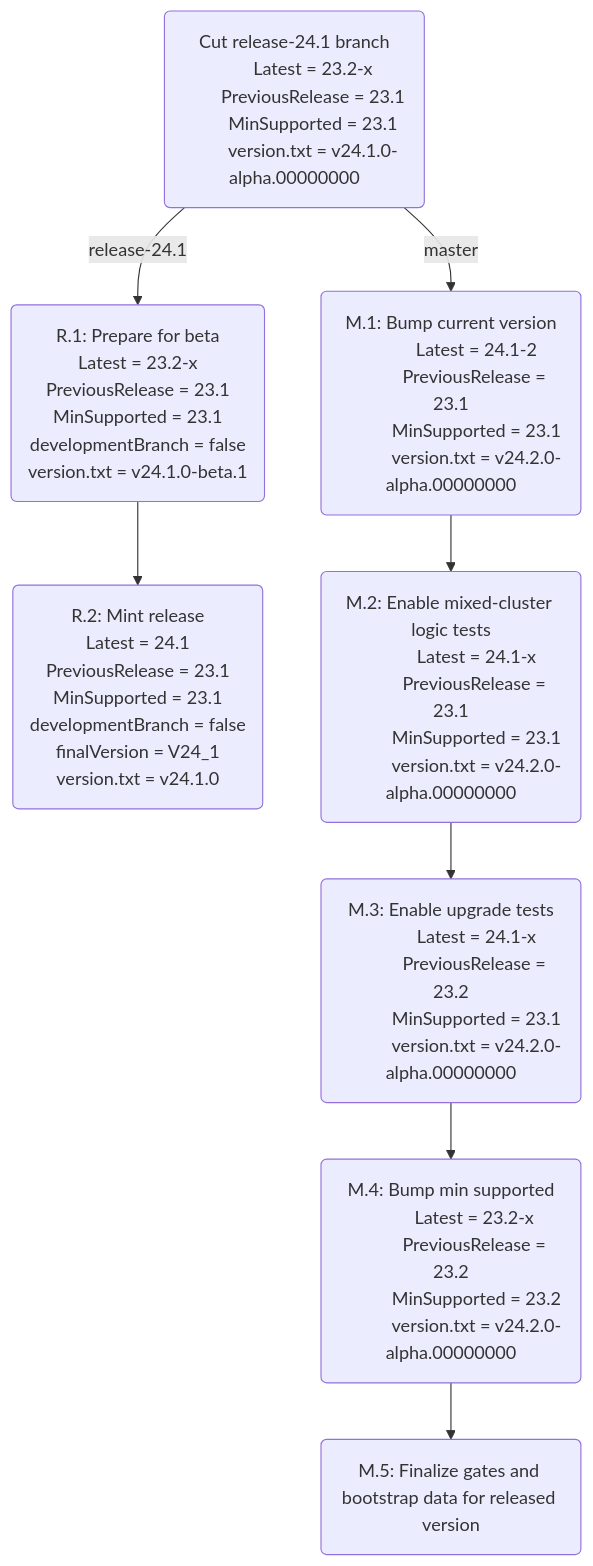
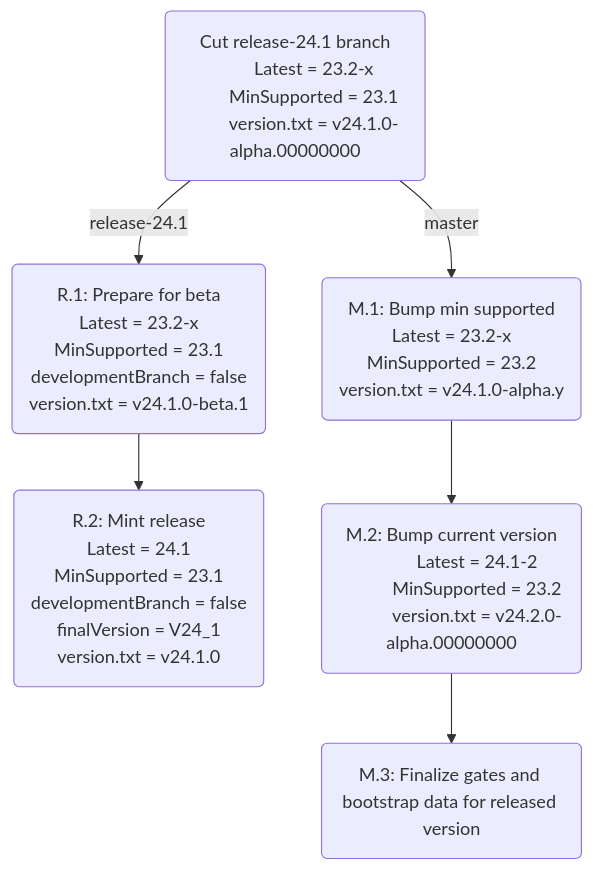
Before and after one commit to spilchen/cockroach: the diagram in pkg/clusterversion/README.md, drawn with Mermaid. The commit also changed other lines of this file and 6893 other files, not shown here.

````diff
--- a/pkg/clusterversion/README.md
+++ b/pkg/clusterversion/README.md
@@ -19,63 +19,43 @@
 ```mermaid
 graph TD;
   base("Cut release-24.1 branch
         Latest = 23.2-x
-        PreviousRelease = 23.1
         MinSupported = 23.1
         version.txt = v24.1.0-alpha.00000000")
     
   base -- release-24.1 --> rel1
   
   rel1("R.1: Prepare for beta
-        Latest = 23.2-x 
-        PreviousRelease = 23.1
+        Latest = 23.2-x
         MinSupported = 23.1
         developmentBranch = false
         version.txt = v24.1.0-beta.1")
   
   rel1 --> rel2
   
   rel2("R.2: Mint release
         Latest = 24.1
-        PreviousRelease = 23.1
         MinSupported = 23.1
         developmentBranch = false
         finalVersion = V24_1
         version.txt = v24.1.0")
 
+
   base -- master --> master1
   
-  master1("M.1: Bump current version
+  master1("M.1: Bump min supported
+           Latest = 23.2-x
+           MinSupported = 23.2
+           version.txt = v24.1.0-alpha.y")
+            
+  master1 --> master2
+    
+  master2("M.2: Bump current version
            Latest = 24.1-2
-           PreviousRelease = 23.1
-           MinSupported = 23.1
-           version.txt = v24.2.0-alpha.00000000")
-           
-  master1 --> master2
-  
-  master2("M.2: Enable mixed-cluster logic tests
-           Latest = 24.1-x
-           PreviousRelease = 23.1
-           MinSupported = 23.1
+           MinSupported = 23.2
            version.txt = v24.2.0-alpha.00000000")
             
   master2 --> master3
-  
-  master3("M.3: Enable upgrade tests
-           Latest = 24.1-x
-           PreviousRelease = 23.2
-           MinSupported = 23.1
-           version.txt = v24.2.0-alpha.00000000")
-           
-  master3 --> master4
-  
-  master4("M.4: Bump min supported
-           Latest = 23.2-x 
-           PreviousRelease = 23.2
-           MinSupported = 23.2
-           version.txt = v24.2.0-alpha.00000000")
-
-  master4 --> master5
-
-  master5(M.5: Finalize gates and bootstrap data for released version)
+            
+  master3(M.3: Finalize gates and bootstrap data for released version)
 ```
````
